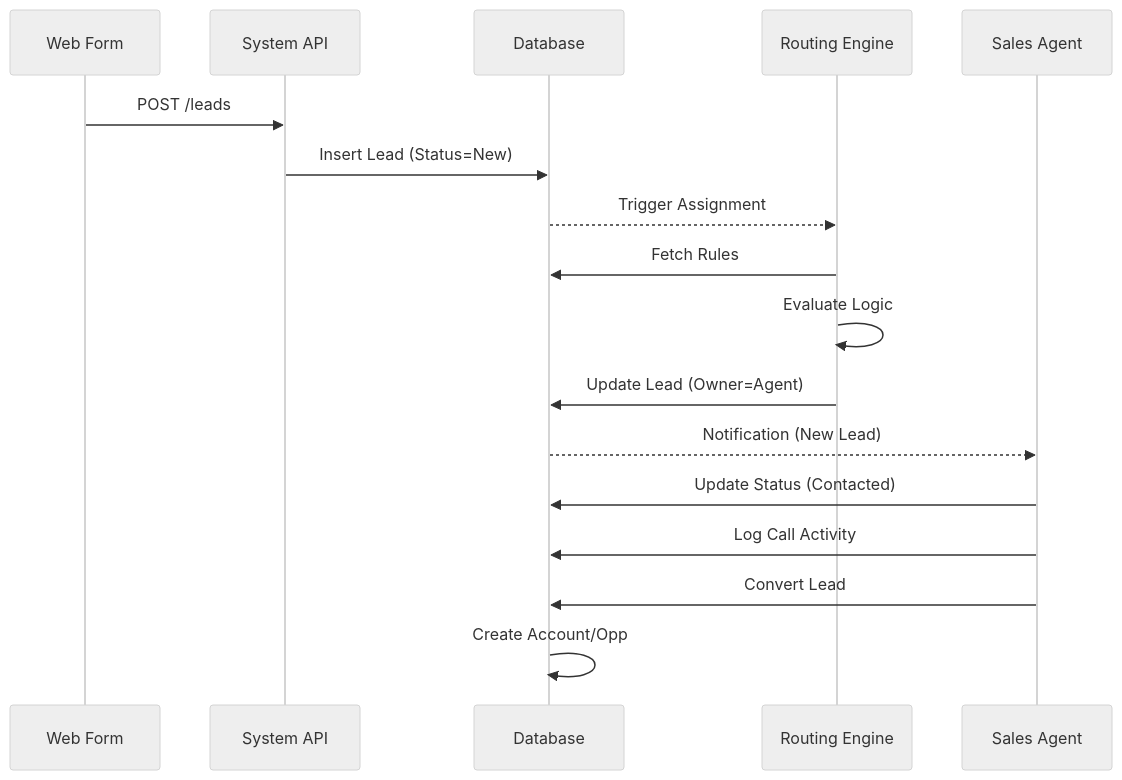
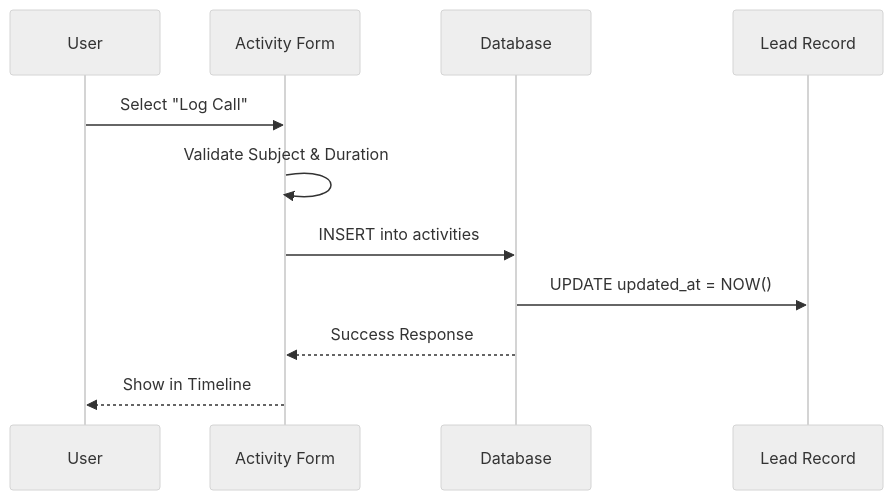
One commit to vageesha-vaishya/logic-nexus-ai changed the diagram in documentation/LEAD_MANAGEMENT_MODULE.md. Above: the diagram before and after it, drawn with Mermaid (neutral theme). The commit also changed other lines of this file and 1 other file, not shown here.

First line of the commit message:
feat(LeadsPipeline): add new lead creation button

````diff
--- a/documentation/LEAD_MANAGEMENT_MODULE.md
+++ b/documentation/LEAD_MANAGEMENT_MODULE.md
@@ -303,20 +172,14 @@
 ```mermaid
 sequenceDiagram
-    participant Web as Web Form
-    participant API as System API
+    participant User
+    participant UI as Activity Form
     participant DB as Database
-    participant Eng as Routing Engine
-    participant Ag as Sales Agent
+    participant Lead as Lead Record
 
-    Web->>API: POST /leads
-    API->>DB: Insert Lead (Status=New)
-    DB-->>Eng: Trigger Assignment
-    Eng->>DB: Fetch Rules
-    Eng->>Eng: Evaluate Logic
-    Eng->>DB: Update Lead (Owner=Agent)
-    DB-->>Ag: Notification (New Lead)
-    Ag->>DB: Update Status (Contacted)
-    Ag->>DB: Log Call Activity
-    Ag->>DB: Convert Lead
-    DB->>DB: Create Account/Opp
+    User->>UI: Select "Log Call"
+    UI->>UI: Validate Subject & Duration
+    UI->>DB: INSERT into activities
+    DB->>Lead: UPDATE updated_at = NOW()
+    DB-->>UI: Success Response
+    UI-->>User: Show in Timeline
 ```
````
